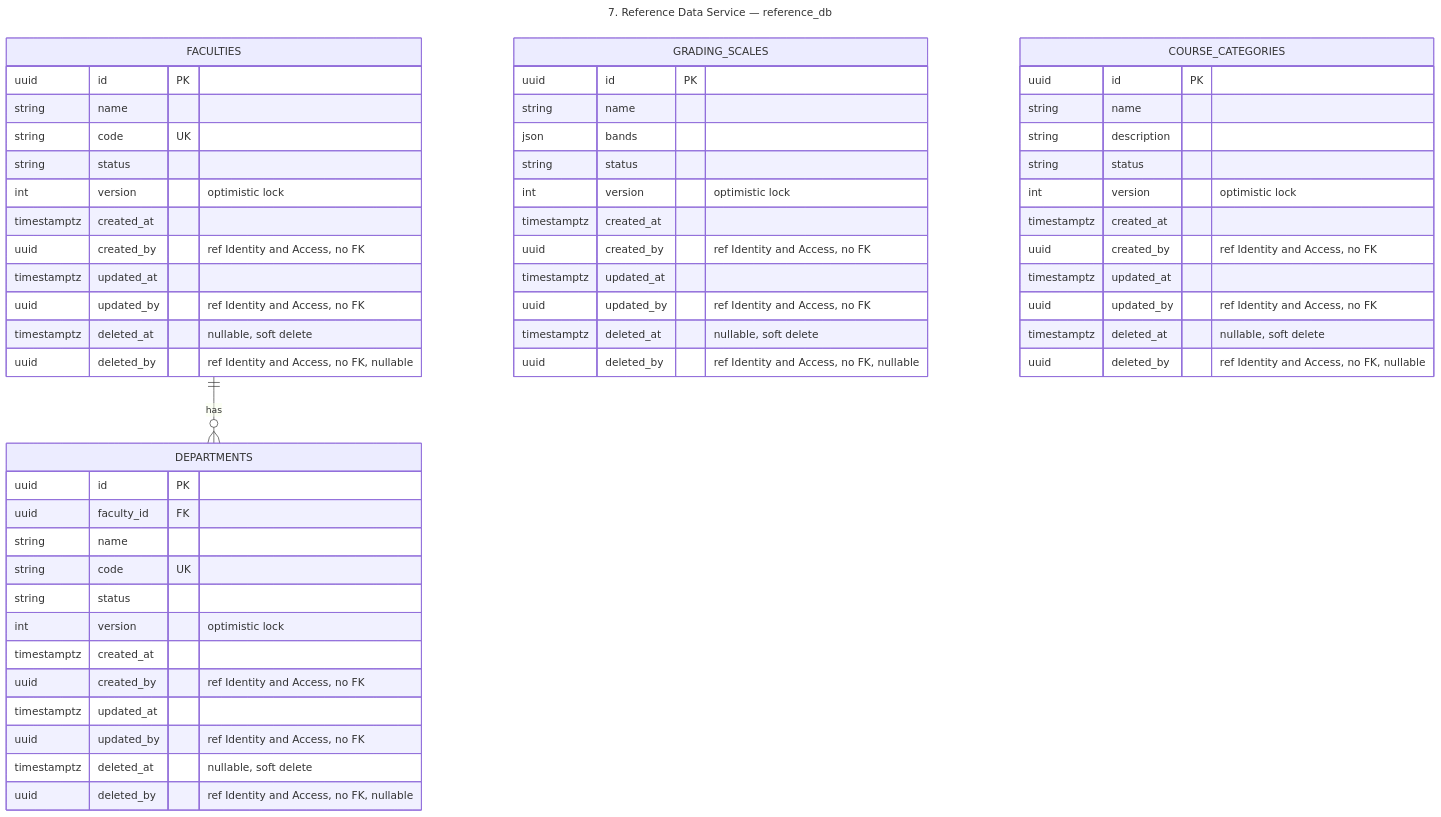
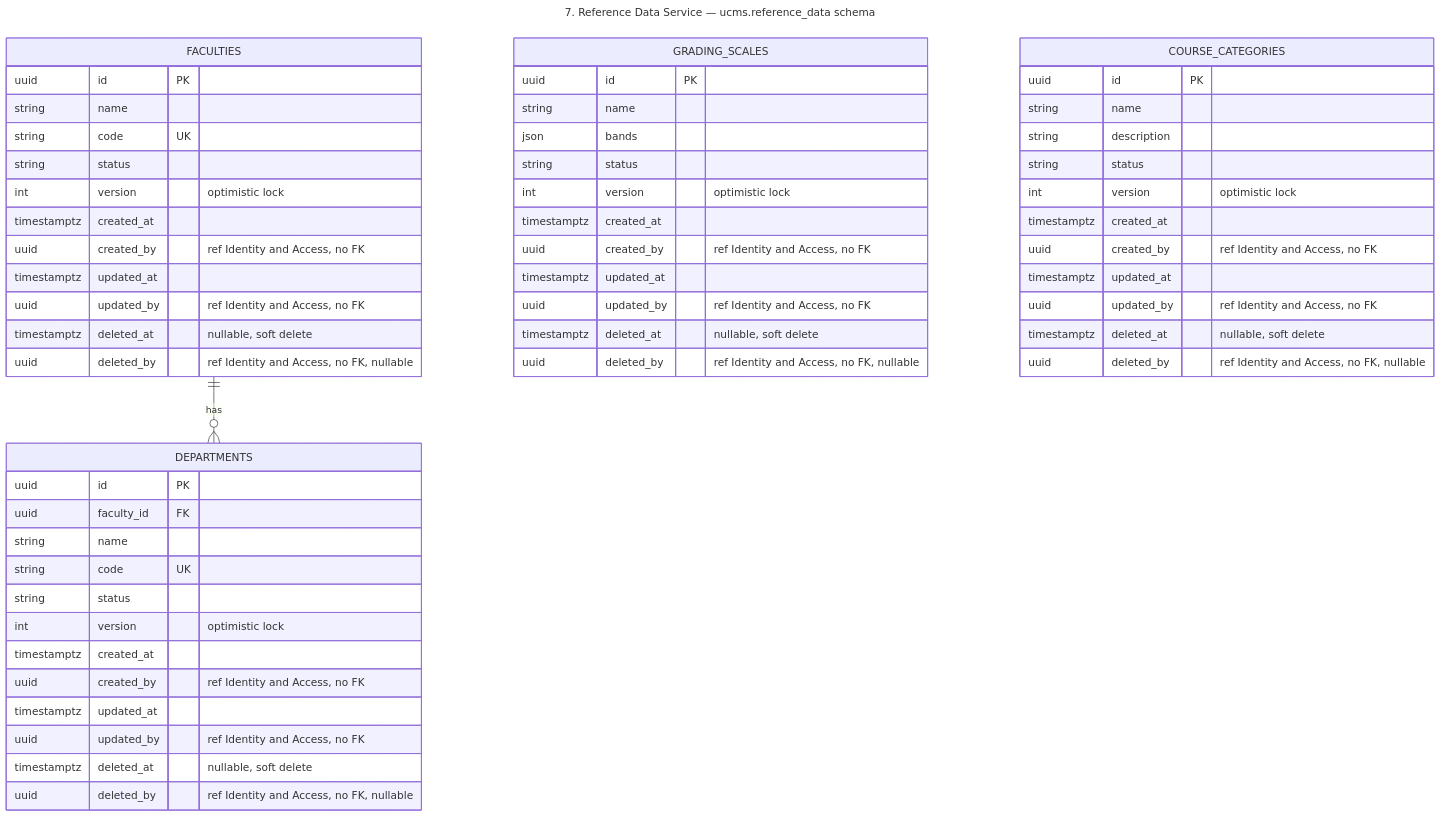
Before and after one commit to ESD-ONE/University-Course-Management-System: the diagram in docs/architecture/tables-07-reference-data.mmd, drawn with Mermaid. The commit also changed 19 other files, not shown here.

First line of the commit message:
Sync architecture diagrams: schema-per-service, not database-per-service

```diff
--- a/docs/architecture/tables-07-reference-data.mmd
+++ b/docs/architecture/tables-07-reference-data.mmd
@@ -1,59 +1,59 @@
 ---
-title: 7. Reference Data Service — reference_db
+title: 7. Reference Data Service — ucms.reference_data schema
 ---
 erDiagram
     FACULTIES {
         uuid id PK
         string name
         string code UK
         string status
         int version "optimistic lock"
         timestamptz created_at
         uuid created_by "ref Identity and Access, no FK"
         timestamptz updated_at
         uuid updated_by "ref Identity and Access, no FK"
         timestamptz deleted_at "nullable, soft delete"
         uuid deleted_by "ref Identity and Access, no FK, nullable"
     }
     DEPARTMENTS {
         uuid id PK
         uuid faculty_id FK
         string name
         string code UK
         string status
         int version "optimistic lock"
         timestamptz created_at
         uuid created_by "ref Identity and Access, no FK"
         timestamptz updated_at
         uuid updated_by "ref Identity and Access, no FK"
         timestamptz deleted_at "nullable, soft delete"
         uuid deleted_by "ref Identity and Access, no FK, nullable"
     }
     GRADING_SCALES {
         uuid id PK
         string name
         json bands
         string status
         int version "optimistic lock"
         timestamptz created_at
         uuid created_by "ref Identity and Access, no FK"
         timestamptz updated_at
         uuid updated_by "ref Identity and Access, no FK"
         timestamptz deleted_at "nullable, soft delete"
         uuid deleted_by "ref Identity and Access, no FK, nullable"
     }
     COURSE_CATEGORIES {
         uuid id PK
         string name
         string description
         string status
         int version "optimistic lock"
         timestamptz created_at
         uuid created_by "ref Identity and Access, no FK"
         timestamptz updated_at
         uuid updated_by "ref Identity and Access, no FK"
         timestamptz deleted_at "nullable, soft delete"
         uuid deleted_by "ref Identity and Access, no FK, nullable"
     }
 
     FACULTIES ||--o{ DEPARTMENTS : "has"
```
